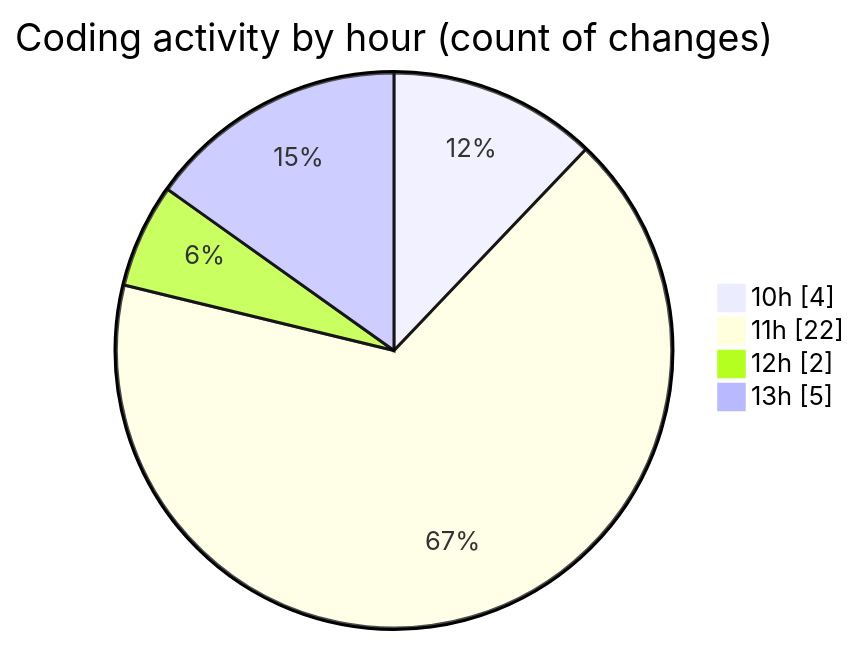
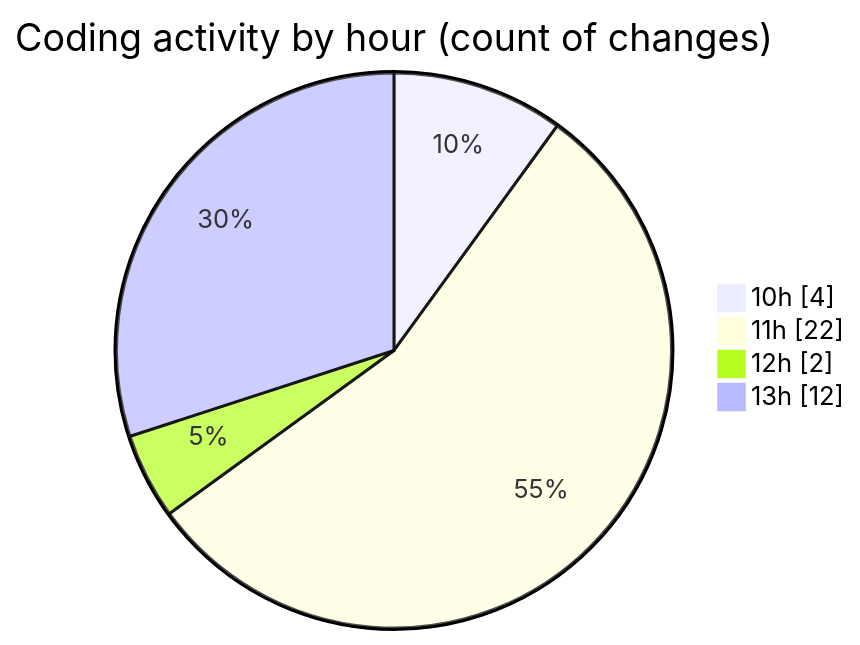
One commit to nxtqubesakshisongat/code-tracking changed the second of 2 diagrams in 2025-09-15/nxtqube_webapp/README.md. Above: the diagram before and after it, drawn with Mermaid. The commit also changed other lines of this file and 1 other file, not shown here.

````diff
--- a/2025-09-15/nxtqube_webapp/README.md
+++ b/2025-09-15/nxtqube_webapp/README.md
@@ -31,8 +31,8 @@
 ```mermaid
 pie showData
 title Coding activity by hour (count of changes)
 "10h" : 4
 "11h" : 22
 "12h" : 2
-"13h" : 5
+"13h" : 12
 ```
````
